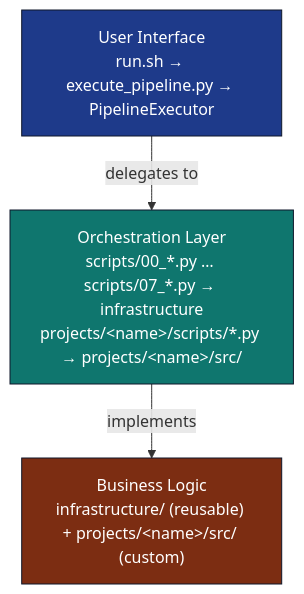
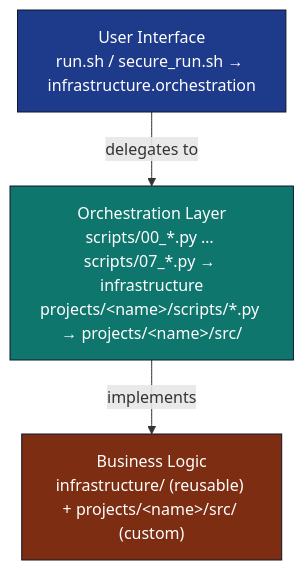
The first of 2 diagrams in docs/RUN_GUIDE.md (docxology/template), drawn with Mermaid before and after one commit. The commit also changed other lines of this file and 488 other files, not shown here.

````diff
--- a/docs/RUN_GUIDE.md
+++ b/docs/RUN_GUIDE.md
@@ -16,16 +16,16 @@
 ```mermaid
 flowchart TB
-    UI["User Interface<br/>run.sh → execute_pipeline.py → PipelineExecutor"]
+    UI["User Interface<br/>run.sh / secure_run.sh → infrastructure.orchestration"]
     ORCH["Orchestration Layer<br/>scripts/00_*.py … scripts/07_*.py → infrastructure<br/>projects/&lt;name&gt;/scripts/*.py → projects/&lt;name&gt;/src/"]
     LOGIC["Business Logic<br/>infrastructure/ (reusable) + projects/&lt;name&gt;/src/ (custom)"]
 
     UI -- delegates to --> ORCH
     ORCH -- implements --> LOGIC
 
     classDef ui fill:#1e3a8a,stroke:#0f172a,color:#fff
     classDef orch fill:#0f766e,stroke:#0f172a,color:#fff
     classDef logic fill:#7c2d12,stroke:#0f172a,color:#fff
     class UI ui
     class ORCH orch
     class LOGIC logic
 ```
````
